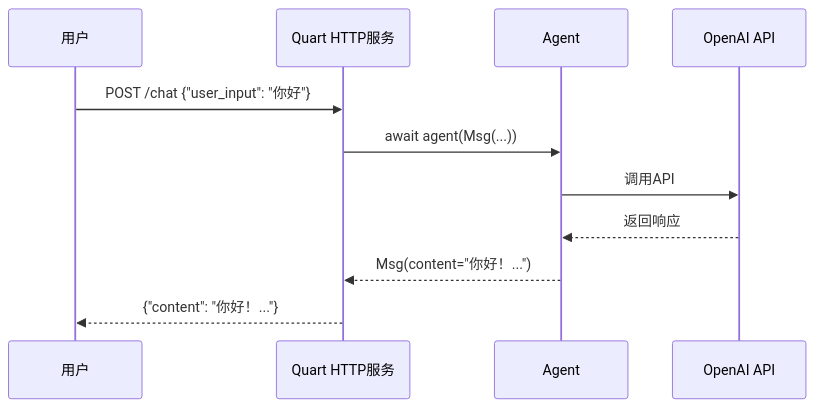
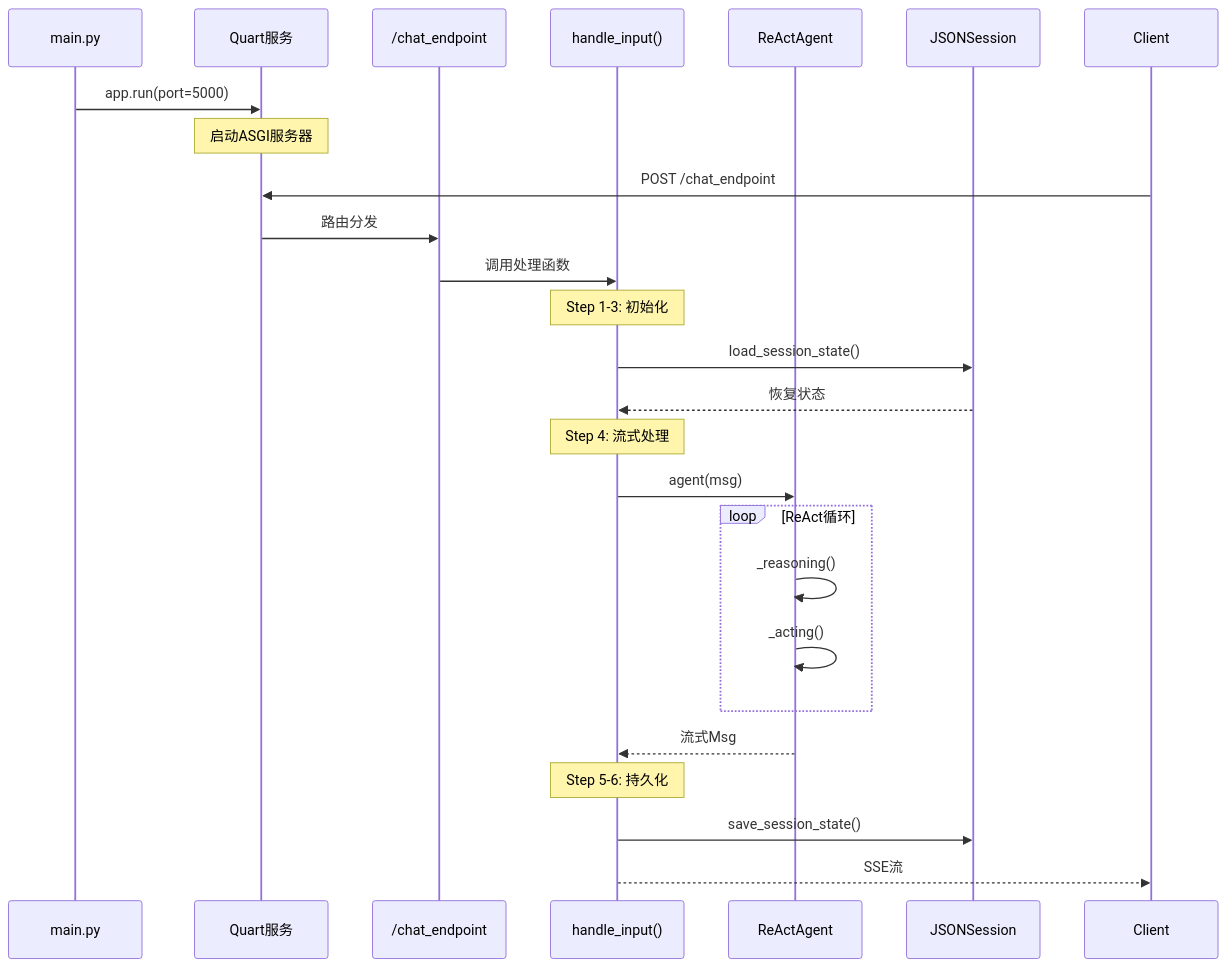
The first of 2 diagrams in teaching/book/practice/station7_deployment/7-2_trace_runtime.md (agentscope-ai/agentscope), drawn with Mermaid before and after one commit. The commit also changed other lines of this file and 31 other files, not shown here.

````diff
--- a/teaching/book/practice/station7_deployment/7-2_trace_runtime.md
+++ b/teaching/book/practice/station7_deployment/7-2_trace_runtime.md
@@ -76,14 +262,32 @@
 ```mermaid
 sequenceDiagram
-    participant User as 用户
-    participant HTTP as Quart HTTP服务
-    participant Agent as Agent
-    participant Model as OpenAI API
+    participant Main as main.py
+    participant Quart as Quart服务
+    participant Endpoint as /chat_endpoint
+    participant Handle as handle_input()
+    participant Agent as ReActAgent
+    participant Session as JSONSession
 
-    User->>HTTP: POST /chat {"user_input": "你好"}
-    HTTP->>Agent: await agent(Msg(...))
-    Agent->>Model: 调用API
-    Model-->>Agent: 返回响应
-    Agent-->>HTTP: Msg(content="你好！...")
-    HTTP-->>User: {"content": "你好！..."}
+    Main->>Quart: app.run(port=5000)
+    Note over Quart: 启动ASGI服务器
+
+    Client->>Quart: POST /chat_endpoint
+    Quart->>Endpoint: 路由分发
+    Endpoint->>Handle: 调用处理函数
+
+    Note over Handle: Step 1-3: 初始化
+    Handle->>Session: load_session_state()
+    Session-->>Handle: 恢复状态
+
+    Note over Handle: Step 4: 流式处理
+    Handle->>Agent: agent(msg)
+    loop ReAct循环
+        Agent->>Agent: _reasoning()
+        Agent->>Agent: _acting()
+    end
+    Agent-->>Handle: 流式Msg
+
+    Note over Handle: Step 5-6: 持久化
+    Handle->>Session: save_session_state()
+    Handle-->>Client: SSE流
 ```
````
